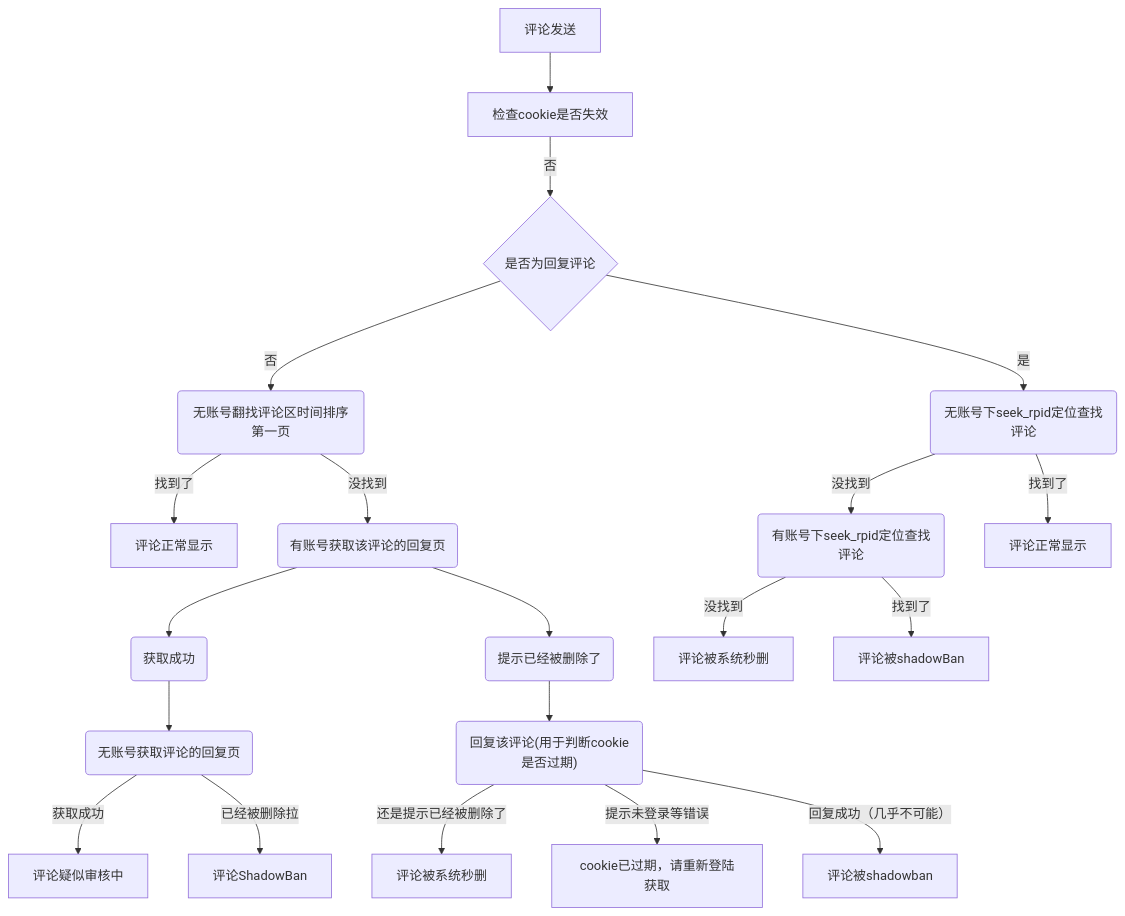
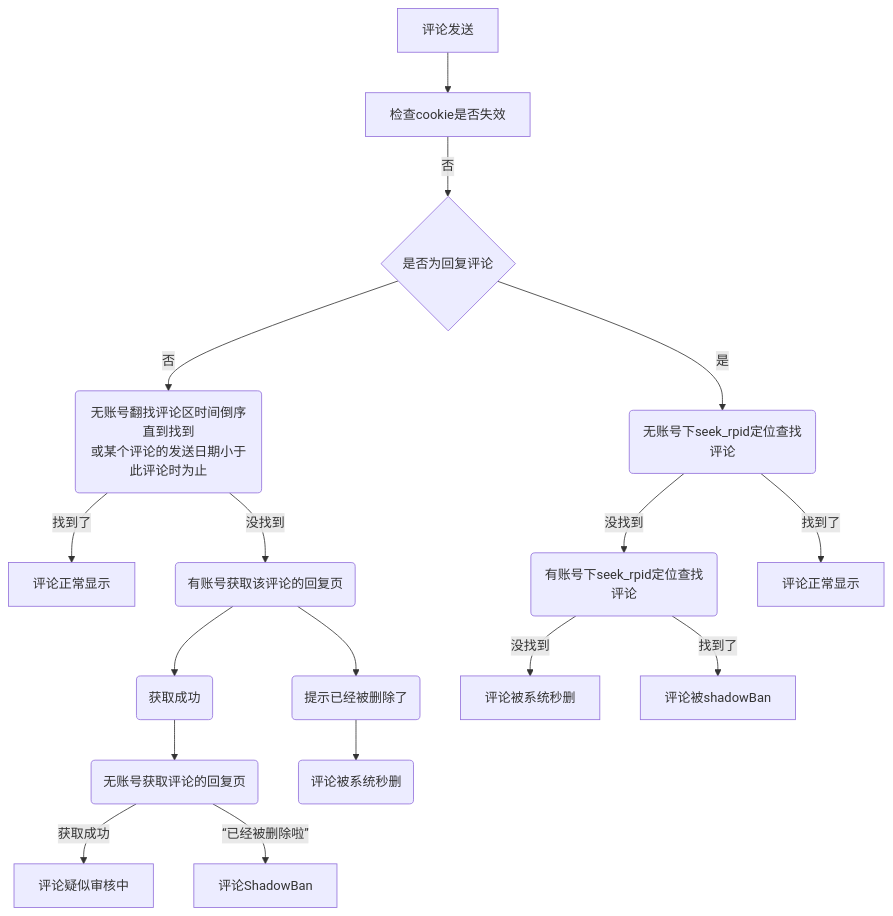
One commit to boli0301/bili.libre.commit changed the first of 4 diagrams in README.md. Above: the diagram before and after it, drawn with Mermaid. The commit also changed other lines of this file and 110 other files, not shown here.

````diff
--- a/README.md
+++ b/README.md
@@ -63,22 +94,19 @@
 ```mermaid
 graph TB
     10[评论发送] --> 15[检查cookie是否失效] --否--> 
     20{是否为回复评论} 
-    
+
     20 --是-->
     30(无账号下seek_rpid定位查找评论)
     30 --找到了--> 400[评论正常显示]
     30 --没找到 -->  50(有账号下seek_rpid定位查找评论) --没找到--> 200[评论被系统秒删]
     50 --找到了--> 210[评论被shadowBan]
-    
+
     20 --否--> 
-    40(无账号翻找评论区时间排序第一页)
+    40(无账号翻找评论区时间倒序直到找到<br>或某个评论的发送日期小于此评论时为止)
     40 --找到了--> 45[评论正常显示]
     40 --没找到--> 60(有账号获取该评论的回复页) --> 70(获取成功) --> 80(无账号获取评论的回复页) 
     80 --获取成功--> 82[评论疑似审核中]
-    80 --"已经被删除拉"--> 84[评论ShadowBan]
-    60 --> 90(提示已经被删除了) --> 100("回复该评论(用于判断cookie是否过期)") --还是提示已经被删除了--> 105[评论被系统秒删]
-    100 --提示未登录等错误--> 130["cookie已过期，请重新登陆获取"]
-    100 --"回复成功（几乎不可能）"--> 150[评论被shadowban] 
-    
+    80 --"“已经被删除啦”"--> 84[评论ShadowBan]
+    60 --> 90(提示已经被删除了) --> 100("评论被系统秒删")
 ```
````
